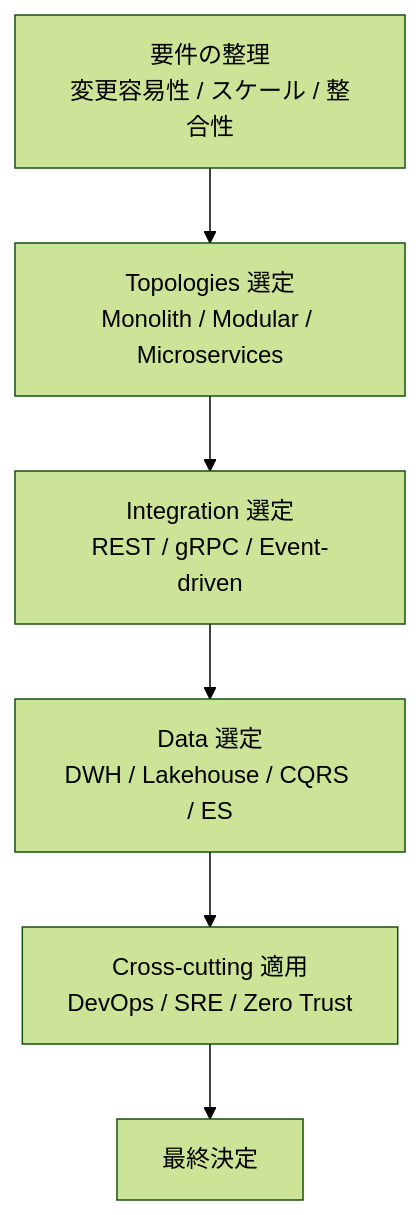
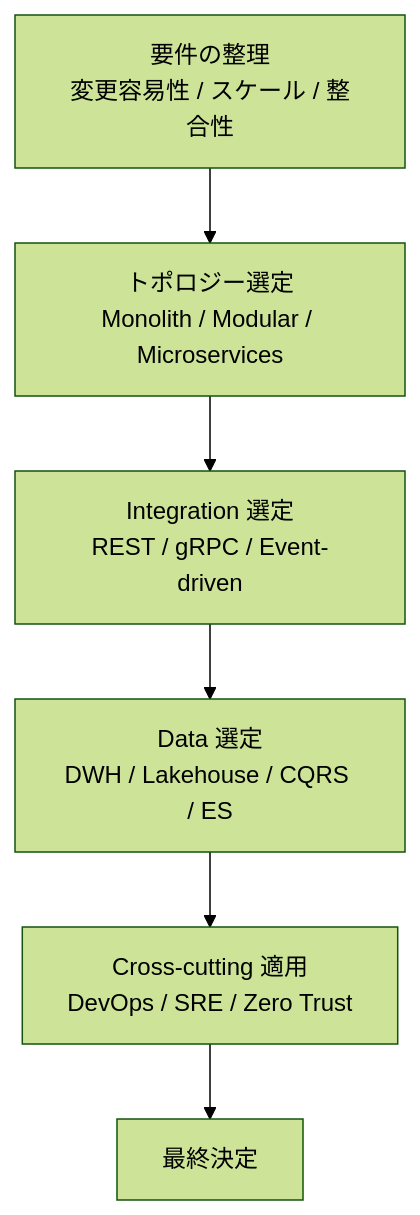
One commit to TAKT-R-D/design-pattern changed the diagram in i18n/ja/docusaurus-plugin-content-docs-architecture/current/decision-guide.md. Above: the diagram before and after it, drawn with Mermaid (forest theme). The commit also changed other lines of this file and 69 other files, not shown here.

````diff
--- a/i18n/ja/docusaurus-plugin-content-docs-architecture/current/decision-guide.md
+++ b/i18n/ja/docusaurus-plugin-content-docs-architecture/current/decision-guide.md
@@ -109,8 +109,8 @@
 ```mermaid
 graph TD
-  A[要件の整理<br>変更容易性 / スケール / 整合性] --> B[Topologies 選定<br>Monolith / Modular / Microservices]
+  A[要件の整理<br>変更容易性 / スケール / 整合性] --> B[トポロジー選定<br>Monolith / Modular / Microservices]
   B --> C[Integration 選定<br>REST / gRPC / Event-driven]
   C --> D[Data 選定<br>DWH / Lakehouse / CQRS / ES]
   D --> E[Cross-cutting 適用<br>DevOps / SRE / Zero Trust]
   E --> F[最終決定]
 ```
````
